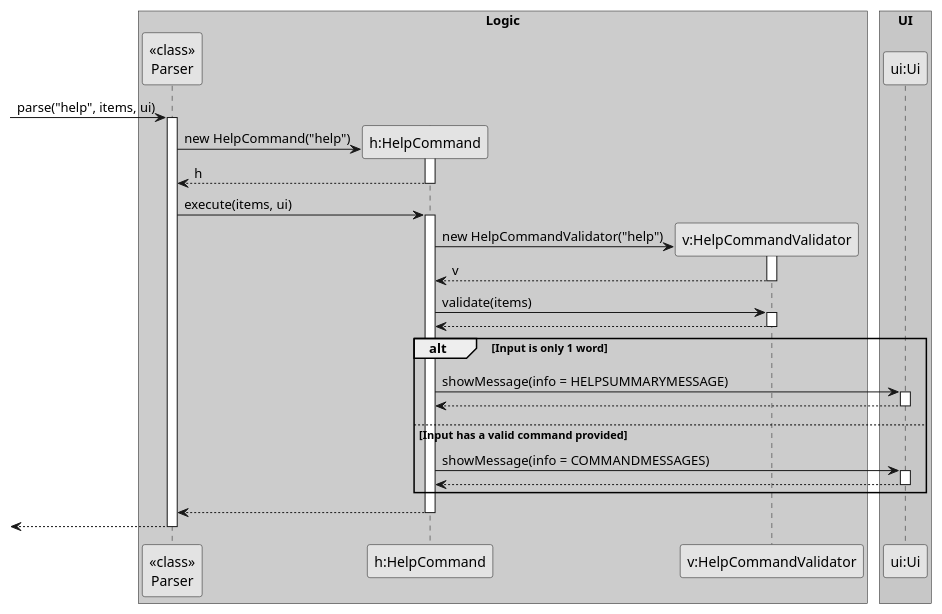
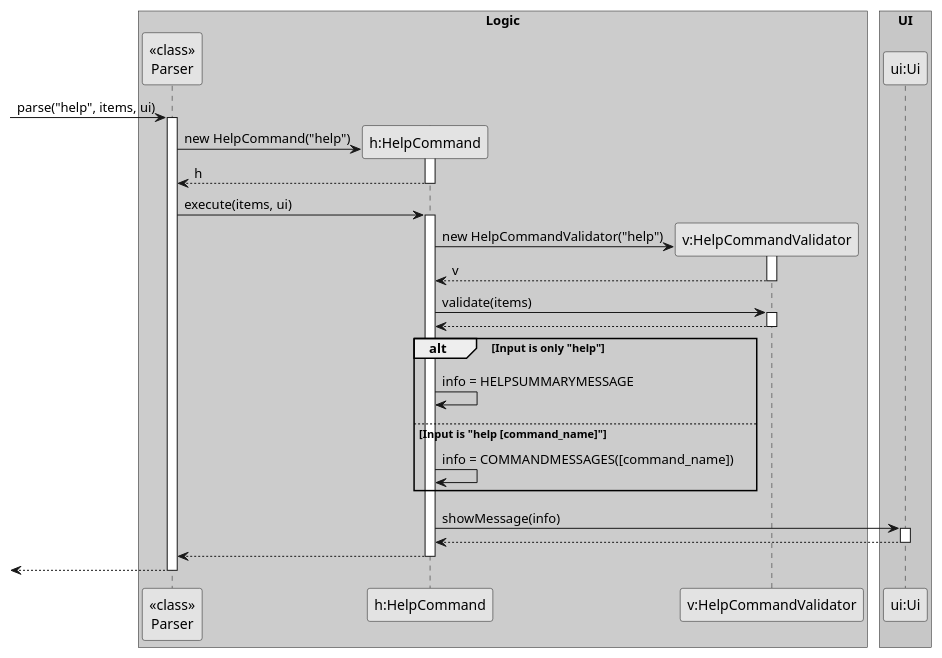
One commit to kenpegrasio/tp changed the diagram in docs/diagrams/HelpCommandSequenceDiagram.puml. Above: the diagram before and after it, drawn with PlantUML. The commit also changed 7 other files, not shown here.

Commit message:
Edit DG, update known commands in TypoDetector, edit PPP, HelpCommand

```diff
--- a/docs/diagrams/HelpCommandSequenceDiagram.puml
+++ b/docs/diagrams/HelpCommandSequenceDiagram.puml
@@ -1,57 +1,56 @@
 @startuml
 !pragma teoz true
 skinparam monochrome true
 skinparam shadowing false
 
 box "Logic" #LightBlue
 participant "<<class>>\nParser" as Parser
 participant "h:HelpCommand" as HelpCommand
 participant "v:HelpCommandValidator" as HelpCommandValidator
 end box
 
 box "UI" #LightGreen
 participant "ui:Ui" as Ui
 end box
 
 -> Parser : parse("help", items, ui)
 activate Parser
 
 create HelpCommand
 Parser -> HelpCommand : new HelpCommand("help")
 activate HelpCommand
 HelpCommand --> Parser : h
 deactivate HelpCommand
 
 Parser -> HelpCommand : execute(items, ui)
 activate HelpCommand
 
 create HelpCommandValidator
 HelpCommand -> HelpCommandValidator : new HelpCommandValidator("help")
 activate HelpCommandValidator
 HelpCommandValidator --> HelpCommand : v
 deactivate HelpCommandValidator
 
 HelpCommand -> HelpCommandValidator : validate(items)
 activate HelpCommandValidator
 HelpCommandValidator --> HelpCommand
 deactivate HelpCommandValidator
 
-alt Input is only 1 word
-    HelpCommand -> Ui : showMessage(info = HELPSUMMARYMESSAGE)
-    activate Ui
-    Ui --> HelpCommand
-    deactivate Ui
-else Input has a valid command provided
-    HelpCommand -> Ui : showMessage(info = COMMANDMESSAGES)
-    activate Ui
-    Ui --> HelpCommand
-    deactivate Ui
+alt Input is only "help"
+    HelpCommand -> HelpCommand : info = HELPSUMMARYMESSAGE
+else Input is "help [command_name]"
+    HelpCommand -> HelpCommand : info = COMMANDMESSAGES([command_name])
 end
+
+HelpCommand -> Ui : showMessage(info)
+activate Ui
+Ui --> HelpCommand
+deactivate Ui
 
 HelpCommand --> Parser
 deactivate HelpCommand
 
 <-- Parser
 deactivate Parser
 
 @enduml
```
